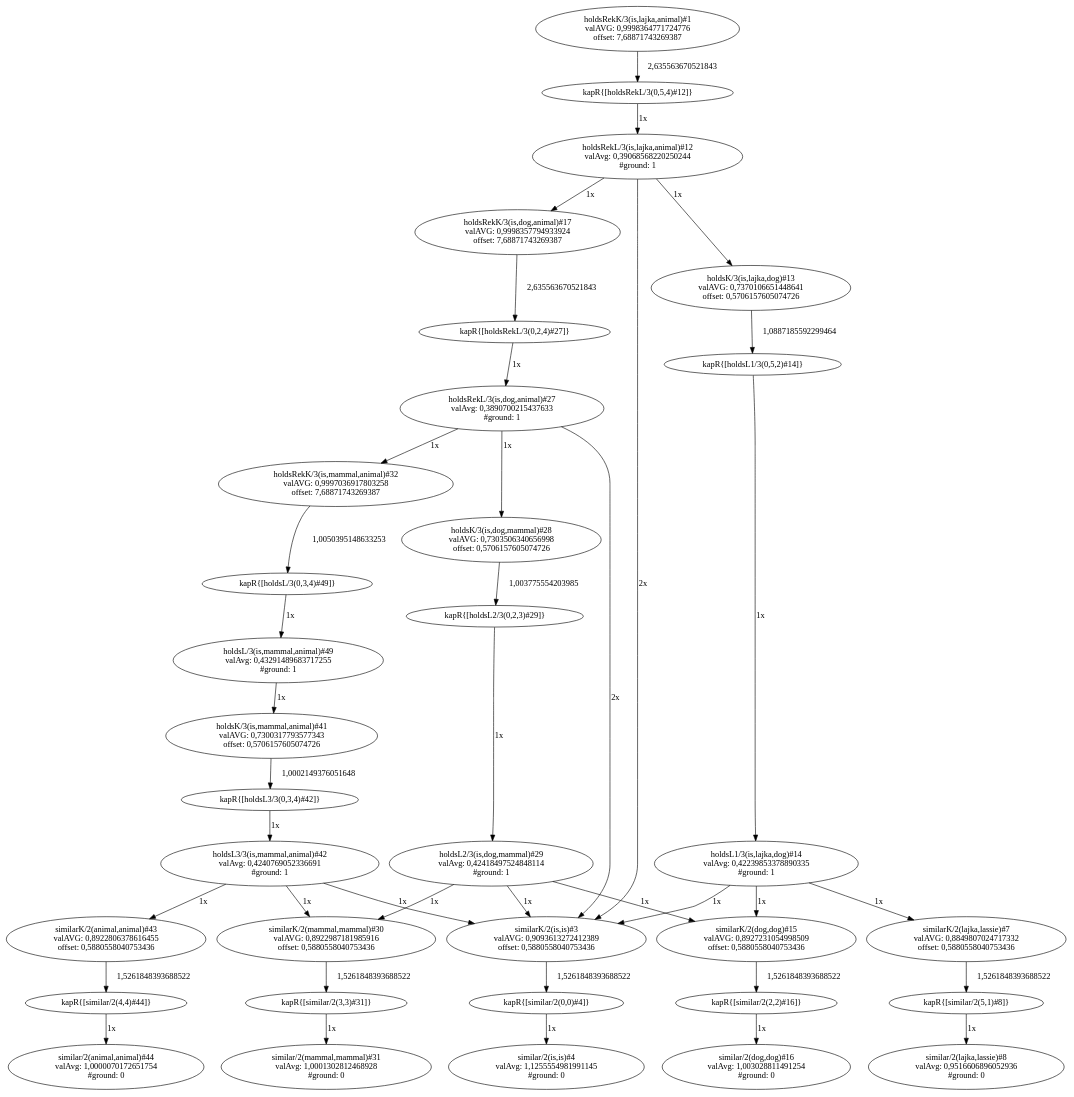
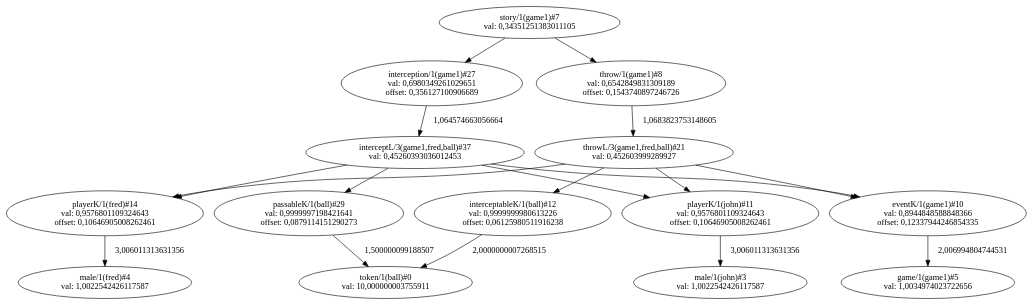
One commit to GustikS/Neurologic changed the diagram in graph.dot. Above: the diagram before and after it, drawn with Graphviz. The commit also changed 17 other files, not shown here.

```diff
--- a/graph.dot
+++ b/graph.dot
@@ -1,148 +1,70 @@
 digraph G {
-"holdsRekK/3(is,lajka,animal)#1
-valAVG: 0,9998364771724776
-offset: 7,68871743269387" -> "kapR{[holdsRekL/3(0,5,4)#12]}" [ label = "2,635563670521843" ];
-"kapR{[holdsRekL/3(0,5,4)#12]}" -> "holdsRekL/3(is,lajka,animal)#12
-valAvg: 0,39068568220250244
-#ground: 1" [ label = "1x" ];
-"holdsRekL/3(is,lajka,animal)#12
-valAvg: 0,39068568220250244
-#ground: 1" -> "holdsRekK/3(is,dog,animal)#17
-valAVG: 0,9998357794933924
-offset: 7,68871743269387" [ label = "1x" ];
-"holdsRekK/3(is,dog,animal)#17
-valAVG: 0,9998357794933924
-offset: 7,68871743269387" -> "kapR{[holdsRekL/3(0,2,4)#27]}" [ label = "2,635563670521843" ];
-"kapR{[holdsRekL/3(0,2,4)#27]}" -> "holdsRekL/3(is,dog,animal)#27
-valAvg: 0,3890700215437633
-#ground: 1" [ label = "1x" ];
-"holdsRekL/3(is,dog,animal)#27
-valAvg: 0,3890700215437633
-#ground: 1" -> "similarK/2(is,is)#3
-valAVG: 0,9093613272412389
-offset: 0,5880558040753436" [ label = "2x" ];
-"similarK/2(is,is)#3
-valAVG: 0,9093613272412389
-offset: 0,5880558040753436" -> "kapR{[similar/2(0,0)#4]}" [ label = "1,5261848393688522" ];
-"kapR{[similar/2(0,0)#4]}" -> "similar/2(is,is)#4
-valAvg: 1,1255554981991145
-#ground: 0" [ label = "1x" ];
-"holdsRekL/3(is,dog,animal)#27
-valAvg: 0,3890700215437633
-#ground: 1" -> "holdsK/3(is,dog,mammal)#28
-valAVG: 0,7303506340656998
-offset: 0,5706157605074726" [ label = "1x" ];
-"holdsK/3(is,dog,mammal)#28
-valAVG: 0,7303506340656998
-offset: 0,5706157605074726" -> "kapR{[holdsL2/3(0,2,3)#29]}" [ label = "1,003775554203985" ];
-"kapR{[holdsL2/3(0,2,3)#29]}" -> "holdsL2/3(is,dog,mammal)#29
-valAvg: 0,42418497524848114
-#ground: 1" [ label = "1x" ];
-"holdsL2/3(is,dog,mammal)#29
-valAvg: 0,42418497524848114
-#ground: 1" -> "similarK/2(is,is)#3
-valAVG: 0,9093613272412389
-offset: 0,5880558040753436" [ label = "1x" ];
-"holdsL2/3(is,dog,mammal)#29
-valAvg: 0,42418497524848114
-#ground: 1" -> "similarK/2(dog,dog)#15
-valAVG: 0,8927231054998509
-offset: 0,5880558040753436" [ label = "1x" ];
-"similarK/2(dog,dog)#15
-valAVG: 0,8927231054998509
-offset: 0,5880558040753436" -> "kapR{[similar/2(2,2)#16]}" [ label = "1,5261848393688522" ];
-"kapR{[similar/2(2,2)#16]}" -> "similar/2(dog,dog)#16
-valAvg: 1,003028811491254
-#ground: 0" [ label = "1x" ];
-"holdsL2/3(is,dog,mammal)#29
-valAvg: 0,42418497524848114
-#ground: 1" -> "similarK/2(mammal,mammal)#30
-valAVG: 0,8922987181985916
-offset: 0,5880558040753436" [ label = "1x" ];
-"similarK/2(mammal,mammal)#30
-valAVG: 0,8922987181985916
-offset: 0,5880558040753436" -> "kapR{[similar/2(3,3)#31]}" [ label = "1,5261848393688522" ];
-"kapR{[similar/2(3,3)#31]}" -> "similar/2(mammal,mammal)#31
-valAvg: 1,0001302812468928
-#ground: 0" [ label = "1x" ];
-"holdsRekL/3(is,dog,animal)#27
-valAvg: 0,3890700215437633
-#ground: 1" -> "holdsRekK/3(is,mammal,animal)#32
-valAVG: 0,9997036917803258
-offset: 7,68871743269387" [ label = "1x" ];
-"holdsRekK/3(is,mammal,animal)#32
-valAVG: 0,9997036917803258
-offset: 7,68871743269387" -> "kapR{[holdsL/3(0,3,4)#49]}" [ label = "1,0050395148633253" ];
-"kapR{[holdsL/3(0,3,4)#49]}" -> "holdsL/3(is,mammal,animal)#49
-valAvg: 0,43291489683717255
-#ground: 1" [ label = "1x" ];
-"holdsL/3(is,mammal,animal)#49
-valAvg: 0,43291489683717255
-#ground: 1" -> "holdsK/3(is,mammal,animal)#41
-valAVG: 0,7300317793577343
-offset: 0,5706157605074726" [ label = "1x" ];
-"holdsK/3(is,mammal,animal)#41
-valAVG: 0,7300317793577343
-offset: 0,5706157605074726" -> "kapR{[holdsL3/3(0,3,4)#42]}" [ label = "1,0002149376051648" ];
-"kapR{[holdsL3/3(0,3,4)#42]}" -> "holdsL3/3(is,mammal,animal)#42
-valAvg: 0,4240769052336691
-#ground: 1" [ label = "1x" ];
-"holdsL3/3(is,mammal,animal)#42
-valAvg: 0,4240769052336691
-#ground: 1" -> "similarK/2(animal,animal)#43
-valAVG: 0,8922806378616455
-offset: 0,5880558040753436" [ label = "1x" ];
-"similarK/2(animal,animal)#43
-valAVG: 0,8922806378616455
-offset: 0,5880558040753436" -> "kapR{[similar/2(4,4)#44]}" [ label = "1,5261848393688522" ];
-"kapR{[similar/2(4,4)#44]}" -> "similar/2(animal,animal)#44
-valAvg: 1,0000070172651754
-#ground: 0" [ label = "1x" ];
-"holdsL3/3(is,mammal,animal)#42
-valAvg: 0,4240769052336691
-#ground: 1" -> "similarK/2(is,is)#3
-valAVG: 0,9093613272412389
-offset: 0,5880558040753436" [ label = "1x" ];
-"holdsL3/3(is,mammal,animal)#42
-valAvg: 0,4240769052336691
-#ground: 1" -> "similarK/2(mammal,mammal)#30
-valAVG: 0,8922987181985916
-offset: 0,5880558040753436" [ label = "1x" ];
-"holdsRekL/3(is,lajka,animal)#12
-valAvg: 0,39068568220250244
-#ground: 1" -> "similarK/2(is,is)#3
-valAVG: 0,9093613272412389
-offset: 0,5880558040753436" [ label = "2x" ];
-"holdsRekL/3(is,lajka,animal)#12
-valAvg: 0,39068568220250244
-#ground: 1" -> "holdsK/3(is,lajka,dog)#13
-valAVG: 0,7370106651448641
-offset: 0,5706157605074726" [ label = "1x" ];
-"holdsK/3(is,lajka,dog)#13
-valAVG: 0,7370106651448641
-offset: 0,5706157605074726" -> "kapR{[holdsL1/3(0,5,2)#14]}" [ label = "1,0887185592299464" ];
-"kapR{[holdsL1/3(0,5,2)#14]}" -> "holdsL1/3(is,lajka,dog)#14
-valAvg: 0,42239853378890335
-#ground: 1" [ label = "1x" ];
-"holdsL1/3(is,lajka,dog)#14
-valAvg: 0,42239853378890335
-#ground: 1" -> "similarK/2(is,is)#3
-valAVG: 0,9093613272412389
-offset: 0,5880558040753436" [ label = "1x" ];
-"holdsL1/3(is,lajka,dog)#14
-valAvg: 0,42239853378890335
-#ground: 1" -> "similarK/2(dog,dog)#15
-valAVG: 0,8927231054998509
-offset: 0,5880558040753436" [ label = "1x" ];
-"holdsL1/3(is,lajka,dog)#14
-valAvg: 0,42239853378890335
-#ground: 1" -> "similarK/2(lajka,lassie)#7
-valAVG: 0,8849807024717332
-offset: 0,5880558040753436" [ label = "1x" ];
-"similarK/2(lajka,lassie)#7
-valAVG: 0,8849807024717332
-offset: 0,5880558040753436" -> "kapR{[similar/2(5,1)#8]}" [ label = "1,5261848393688522" ];
-"kapR{[similar/2(5,1)#8]}" -> "similar/2(lajka,lassie)#8
-valAvg: 0,9516606896052936
-#ground: 0" [ label = "1x" ];
+"story/1(game1)#7
+val: 0,34351251383011105" -> "throw/1(game1)#8
+val: 0,6542849831309189
+offset: 0,1543740897246726";
+"throw/1(game1)#8
+val: 0,6542849831309189
+offset: 0,1543740897246726" -> "throwL/3(game1,fred,ball)#21
+val: 0,452603999289927" [ label = "1,0683823753148605" ];
+"throwL/3(game1,fred,ball)#21
+val: 0,452603999289927" -> "eventK/1(game1)#10
+val: 0,8944848588848366
+offset: 0,12337944246854335";
+"eventK/1(game1)#10
+val: 0,8944848588848366
+offset: 0,12337944246854335" -> "game/1(game1)#5
+val: 1,0034974023722656" [ label = "2,006994804744531" ];
+"throwL/3(game1,fred,ball)#21
+val: 0,452603999289927" -> "playerK/1(fred)#14
+val: 0,9576801109324643
+offset: 0,10646905008262461";
+"playerK/1(fred)#14
+val: 0,9576801109324643
+offset: 0,10646905008262461" -> "male/1(fred)#4
+val: 1,0022542426117587" [ label = "3,006011313631356" ];
+"throwL/3(game1,fred,ball)#21
+val: 0,452603999289927" -> "playerK/1(john)#11
+val: 0,9576801109324643
+offset: 0,10646905008262461";
+"playerK/1(john)#11
+val: 0,9576801109324643
+offset: 0,10646905008262461" -> "male/1(john)#3
+val: 1,0022542426117587" [ label = "3,006011313631356" ];
+"throwL/3(game1,fred,ball)#21
+val: 0,452603999289927" -> "interceptableK/1(ball)#12
+val: 0,9999999980613226
+offset: 0,06125980511916238";
+"interceptableK/1(ball)#12
+val: 0,9999999980613226
+offset: 0,06125980511916238" -> "token/1(ball)#0
+val: 10,000000003755911" [ label = "2,0000000007268515" ];
+"story/1(game1)#7
+val: 0,34351251383011105" -> "interception/1(game1)#27
+val: 0,6980349261029651
+offset: 0,356127100906689";
+"interception/1(game1)#27
+val: 0,6980349261029651
+offset: 0,356127100906689" -> "interceptL/3(game1,fred,ball)#37
+val: 0,45260393036012453" [ label = "1,064574663056664" ];
+"interceptL/3(game1,fred,ball)#37
+val: 0,45260393036012453" -> "eventK/1(game1)#10
+val: 0,8944848588848366
+offset: 0,12337944246854335";
+"interceptL/3(game1,fred,ball)#37
+val: 0,45260393036012453" -> "playerK/1(fred)#14
+val: 0,9576801109324643
+offset: 0,10646905008262461";
+"interceptL/3(game1,fred,ball)#37
+val: 0,45260393036012453" -> "playerK/1(john)#11
+val: 0,9576801109324643
+offset: 0,10646905008262461";
+"interceptL/3(game1,fred,ball)#37
+val: 0,45260393036012453" -> "passableK/1(ball)#29
+val: 0,9999997198421641
+offset: 0,0879114151290273";
+"passableK/1(ball)#29
+val: 0,9999997198421641
+offset: 0,0879114151290273" -> "token/1(ball)#0
+val: 10,000000003755911" [ label = "1,500000099188507" ];
 }
```
